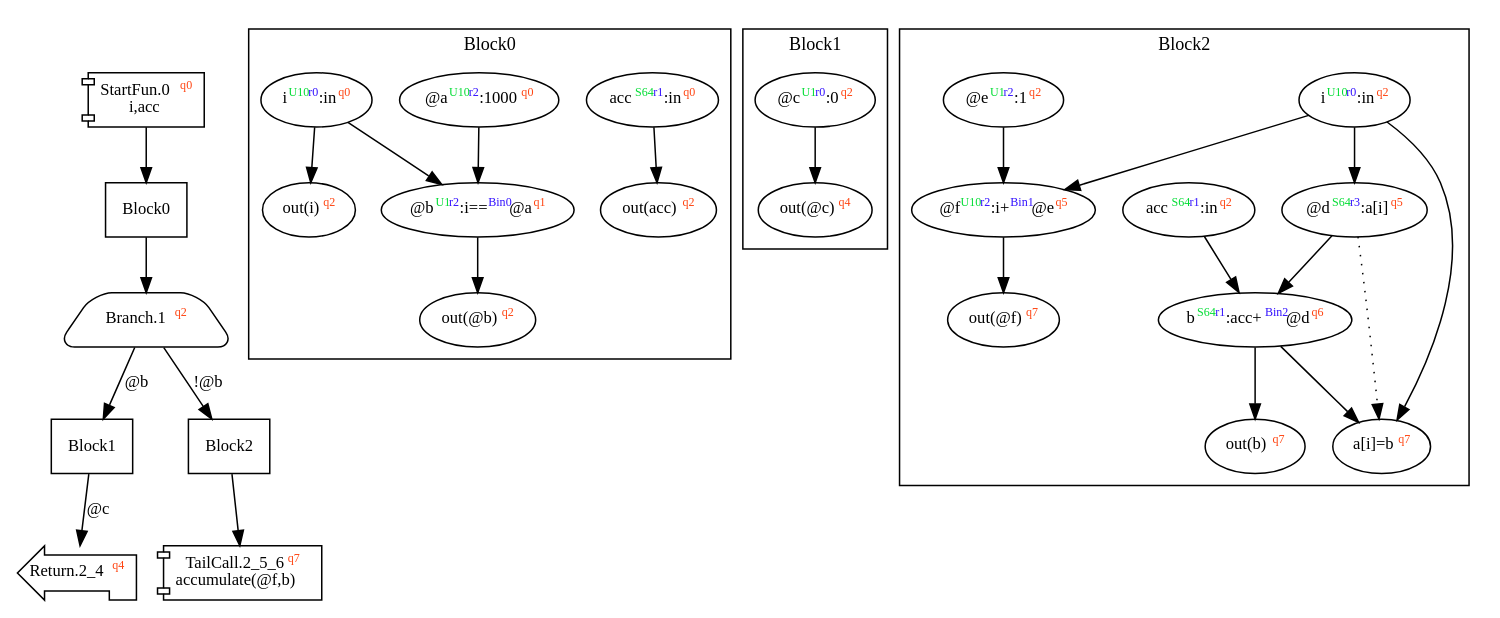
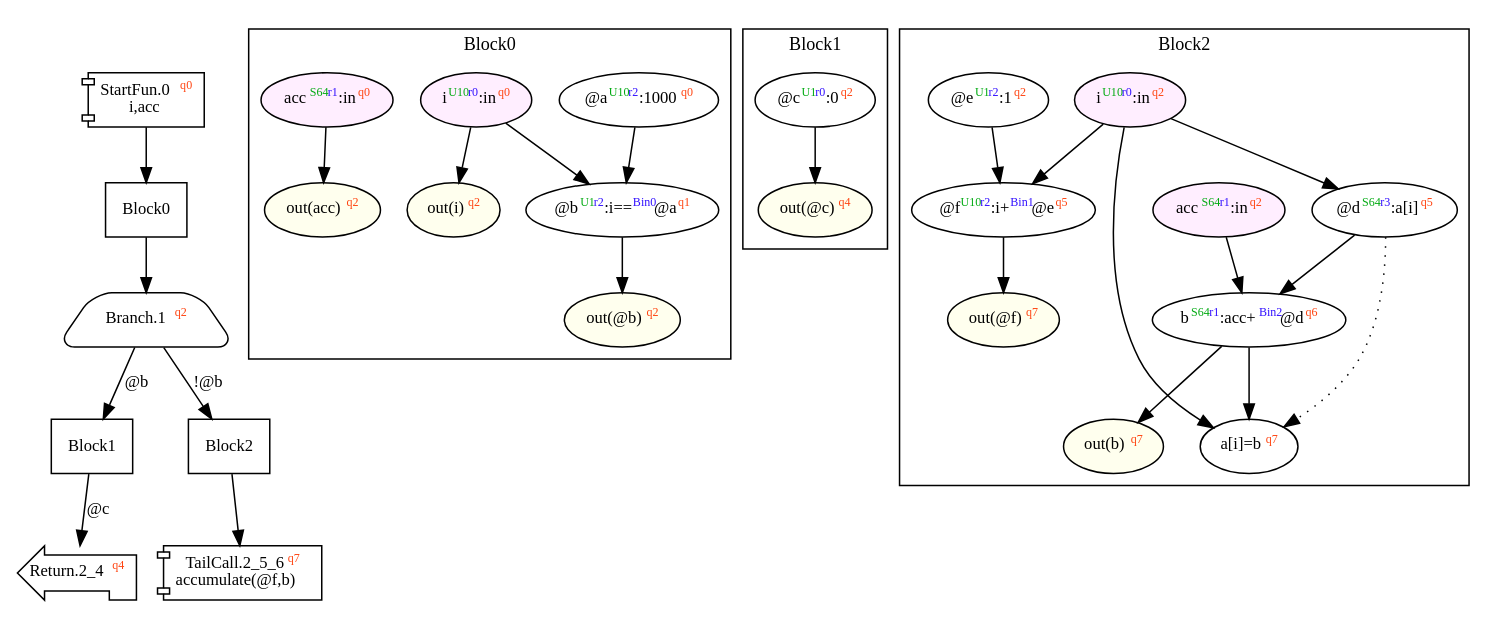
One commit to akouryy/SyntheScala changed the diagram in dist/accumulate.dot. Above: the diagram before and after it, drawn with Graphviz. The commit also changed 37 other files, not shown here.

```diff
--- a/dist/accumulate.dot
+++ b/dist/accumulate.dot
@@ -1,67 +1,67 @@
 digraph Program_ {
   graph [fontname = "Monaco", fontsize = 12, ranksep = 0.5];
   node [shape = box, fontname = "Monaco", fontsize = 11; colorscheme = pastel19];
   edge [fontname = "Monaco", fontsize = 11; colorscheme = pastel19];
   Jump0[label = <StartFun.0<font color="#ff4411" point-size="8"><sup>q0</sup></font><br/>i,acc>; shape = component];
   Jump0 -> Block0;
   Jump1[
     label = <Branch.1<font color="#ff4411" point-size="8"><sup>q2</sup></font>>;
     shape = trapezium; style = rounded;
   ];
   Block0 -> Jump1;
   Jump1 -> Block1 [label="@b"];
   Jump1 -> Block2 [label="!@b"];
   Jump2_4[label = <Return.2_4<font color="#ff4411" point-size="8"><sup>q4</sup></font>>; shape = lpromoter];
   Block1 -> Jump2_4 [label="@c"];
   Jump2_5_6[label = <TailCall.2_5_6<font color="#ff4411" point-size="8"><sup>q7</sup></font><br/>accumulate(@f,b)>; shape = component];
   Block2 -> Jump2_5_6;
   Block0 [label = "Block0"];
   Block1 [label = "Block1"];
   Block2 [label = "Block2"];
   subgraph cluster_dfg_Block0 {
     node [shape = oval];
     label = "Block0";
-    ndBlock0_0 [label=<out(acc)<font color="#ff4411" point-size="8"><sup>q2</sup></font>>];
-    ndBlock0_1 [label=<acc<font color="#00dd33" point-size="8"><sup>S64</sup></font><font color="#3311ff" point-size="8"><sup>r1</sup></font>:in<font color="#ff4411" point-size="8"><sup>q0</sup></font>>];
-    ndBlock0_2 [label=<i<font color="#00dd33" point-size="8"><sup>U10</sup></font><font color="#3311ff" point-size="8"><sup>r0</sup></font>:in<font color="#ff4411" point-size="8"><sup>q0</sup></font>>];
-    ndBlock0_3 [label=<@a<font color="#00dd33" point-size="8"><sup>U10</sup></font><font color="#3311ff" point-size="8"><sup>r2</sup></font>:1000<font color="#ff4411" point-size="8"><sup>q0</sup></font>>];
-    ndBlock0_4 [label=<out(i)<font color="#ff4411" point-size="8"><sup>q2</sup></font>>];
-    ndBlock0_5 [label=<out(@b)<font color="#ff4411" point-size="8"><sup>q2</sup></font>>];
-    ndBlock0_6 [label=<@b<font color="#00dd33" point-size="8"><sup>U1</sup></font><font color="#3311ff" point-size="8"><sup>r2</sup></font>:i==<font color="#3311ff" point-size="8"><sup>Bin0</sup></font>@a<font color="#ff4411" point-size="8"><sup>q1</sup></font>>];
-    ndBlock0_1 -> ndBlock0_0;
-    ndBlock0_2 -> ndBlock0_4;
-    ndBlock0_2 -> ndBlock0_6;
-    ndBlock0_3 -> ndBlock0_6;
-    ndBlock0_6 -> ndBlock0_5;
+    0 [label=<@a<font color="#00aa11" point-size="8"><sup>U10</sup></font><font color="#3311ff" point-size="8"><sup>r2</sup></font>:1000<font color="#ff4411" point-size="8"><sup>q0</sup></font>>; ];
+    1 [label=<@b<font color="#00aa11" point-size="8"><sup>U1</sup></font><font color="#3311ff" point-size="8"><sup>r2</sup></font>:i==<font color="#3311ff" point-size="8"><sup>Bin0</sup></font>@a<font color="#ff4411" point-size="8"><sup>q1</sup></font>>; ];
+    17 [label=<out(acc)<font color="#ff4411" point-size="8"><sup>q2</sup></font>>; style="filled"; fillcolor="#ffffee";];
+    18 [label=<out(i)<font color="#ff4411" point-size="8"><sup>q2</sup></font>>; style="filled"; fillcolor="#ffffee";];
+    16 [label=<i<font color="#00aa11" point-size="8"><sup>U10</sup></font><font color="#3311ff" point-size="8"><sup>r0</sup></font>:in<font color="#ff4411" point-size="8"><sup>q0</sup></font>>; style="filled"; fillcolor="#ffeeff";];
+    19 [label=<out(@b)<font color="#ff4411" point-size="8"><sup>q2</sup></font>>; style="filled"; fillcolor="#ffffee";];
+    15 [label=<acc<font color="#00aa11" point-size="8"><sup>S64</sup></font><font color="#3311ff" point-size="8"><sup>r1</sup></font>:in<font color="#ff4411" point-size="8"><sup>q0</sup></font>>; style="filled"; fillcolor="#ffeeff";];
+    0 -> 1;
+    1 -> 19;
+    15 -> 17;
+    16 -> 1;
+    16 -> 18;
   }
   subgraph cluster_dfg_Block1 {
     node [shape = oval];
     label = "Block1";
-    ndBlock1_0 [label=<@c<font color="#00dd33" point-size="8"><sup>U1</sup></font><font color="#3311ff" point-size="8"><sup>r0</sup></font>:0<font color="#ff4411" point-size="8"><sup>q2</sup></font>>];
-    ndBlock1_1 [label=<out(@c)<font color="#ff4411" point-size="8"><sup>q4</sup></font>>];
-    ndBlock1_0 -> ndBlock1_1;
+    2 [label=<@c<font color="#00aa11" point-size="8"><sup>U1</sup></font><font color="#3311ff" point-size="8"><sup>r0</sup></font>:0<font color="#ff4411" point-size="8"><sup>q2</sup></font>>; ];
+    11 [label=<out(@c)<font color="#ff4411" point-size="8"><sup>q4</sup></font>>; style="filled"; fillcolor="#ffffee";];
+    2 -> 11;
   }
   subgraph cluster_dfg_Block2 {
     node [shape = oval];
     label = "Block2";
-    ndBlock2_0 [label=<@e<font color="#00dd33" point-size="8"><sup>U1</sup></font><font color="#3311ff" point-size="8"><sup>r2</sup></font>:1<font color="#ff4411" point-size="8"><sup>q2</sup></font>>];
-    ndBlock2_1 [label=<out(b)<font color="#ff4411" point-size="8"><sup>q7</sup></font>>];
-    ndBlock2_2 [label=<acc<font color="#00dd33" point-size="8"><sup>S64</sup></font><font color="#3311ff" point-size="8"><sup>r1</sup></font>:in<font color="#ff4411" point-size="8"><sup>q2</sup></font>>];
-    ndBlock2_3 [label=<a[i]=b<font color="#ff4411" point-size="8"><sup>q7</sup></font>>];
-    ndBlock2_4 [label=<@f<font color="#00dd33" point-size="8"><sup>U10</sup></font><font color="#3311ff" point-size="8"><sup>r2</sup></font>:i+<font color="#3311ff" point-size="8"><sup>Bin1</sup></font>@e<font color="#ff4411" point-size="8"><sup>q5</sup></font>>];
-    ndBlock2_5 [label=<out(@f)<font color="#ff4411" point-size="8"><sup>q7</sup></font>>];
-    ndBlock2_6 [label=<b<font color="#00dd33" point-size="8"><sup>S64</sup></font><font color="#3311ff" point-size="8"><sup>r1</sup></font>:acc+<font color="#3311ff" point-size="8"><sup>Bin2</sup></font>@d<font color="#ff4411" point-size="8"><sup>q6</sup></font>>];
-    ndBlock2_7 [label=<i<font color="#00dd33" point-size="8"><sup>U10</sup></font><font color="#3311ff" point-size="8"><sup>r0</sup></font>:in<font color="#ff4411" point-size="8"><sup>q2</sup></font>>];
-    ndBlock2_8 [label=<@d<font color="#00dd33" point-size="8"><sup>S64</sup></font><font color="#3311ff" point-size="8"><sup>r3</sup></font>:a[i]<font color="#ff4411" point-size="8"><sup>q5</sup></font>>];
-    ndBlock2_0 -> ndBlock2_4;
-    ndBlock2_2 -> ndBlock2_6;
-    ndBlock2_4 -> ndBlock2_5;
-    ndBlock2_6 -> ndBlock2_1;
-    ndBlock2_6 -> ndBlock2_3;
-    ndBlock2_7 -> ndBlock2_3;
-    ndBlock2_7 -> ndBlock2_4;
-    ndBlock2_7 -> ndBlock2_8;
-    ndBlock2_8 -> ndBlock2_6;
-    ndBlock2_8 -> ndBlock2_3 [style = dotted];
+    5 [label=<a[i]=b<font color="#ff4411" point-size="8"><sup>q7</sup></font>>; ];
+    20 [label=<out(@f)<font color="#ff4411" point-size="8"><sup>q7</sup></font>>; style="filled"; fillcolor="#ffffee";];
+    6 [label=<@e<font color="#00aa11" point-size="8"><sup>U1</sup></font><font color="#3311ff" point-size="8"><sup>r2</sup></font>:1<font color="#ff4411" point-size="8"><sup>q2</sup></font>>; ];
+    21 [label=<out(b)<font color="#ff4411" point-size="8"><sup>q7</sup></font>>; style="filled"; fillcolor="#ffffee";];
+    13 [label=<i<font color="#00aa11" point-size="8"><sup>U10</sup></font><font color="#3311ff" point-size="8"><sup>r0</sup></font>:in<font color="#ff4411" point-size="8"><sup>q2</sup></font>>; style="filled"; fillcolor="#ffeeff";];
+    12 [label=<acc<font color="#00aa11" point-size="8"><sup>S64</sup></font><font color="#3311ff" point-size="8"><sup>r1</sup></font>:in<font color="#ff4411" point-size="8"><sup>q2</sup></font>>; style="filled"; fillcolor="#ffeeff";];
+    7 [label=<@f<font color="#00aa11" point-size="8"><sup>U10</sup></font><font color="#3311ff" point-size="8"><sup>r2</sup></font>:i+<font color="#3311ff" point-size="8"><sup>Bin1</sup></font>@e<font color="#ff4411" point-size="8"><sup>q5</sup></font>>; ];
+    3 [label=<@d<font color="#00aa11" point-size="8"><sup>S64</sup></font><font color="#3311ff" point-size="8"><sup>r3</sup></font>:a[i]<font color="#ff4411" point-size="8"><sup>q5</sup></font>>; ];
+    4 [label=<b<font color="#00aa11" point-size="8"><sup>S64</sup></font><font color="#3311ff" point-size="8"><sup>r1</sup></font>:acc+<font color="#3311ff" point-size="8"><sup>Bin2</sup></font>@d<font color="#ff4411" point-size="8"><sup>q6</sup></font>>; ];
+    3 -> 4;
+    4 -> 5;
+    4 -> 21;
+    6 -> 7;
+    7 -> 20;
+    12 -> 4;
+    13 -> 3;
+    13 -> 5;
+    13 -> 7;
+    3 -> 5 [style = dotted];
   }
 }
```
